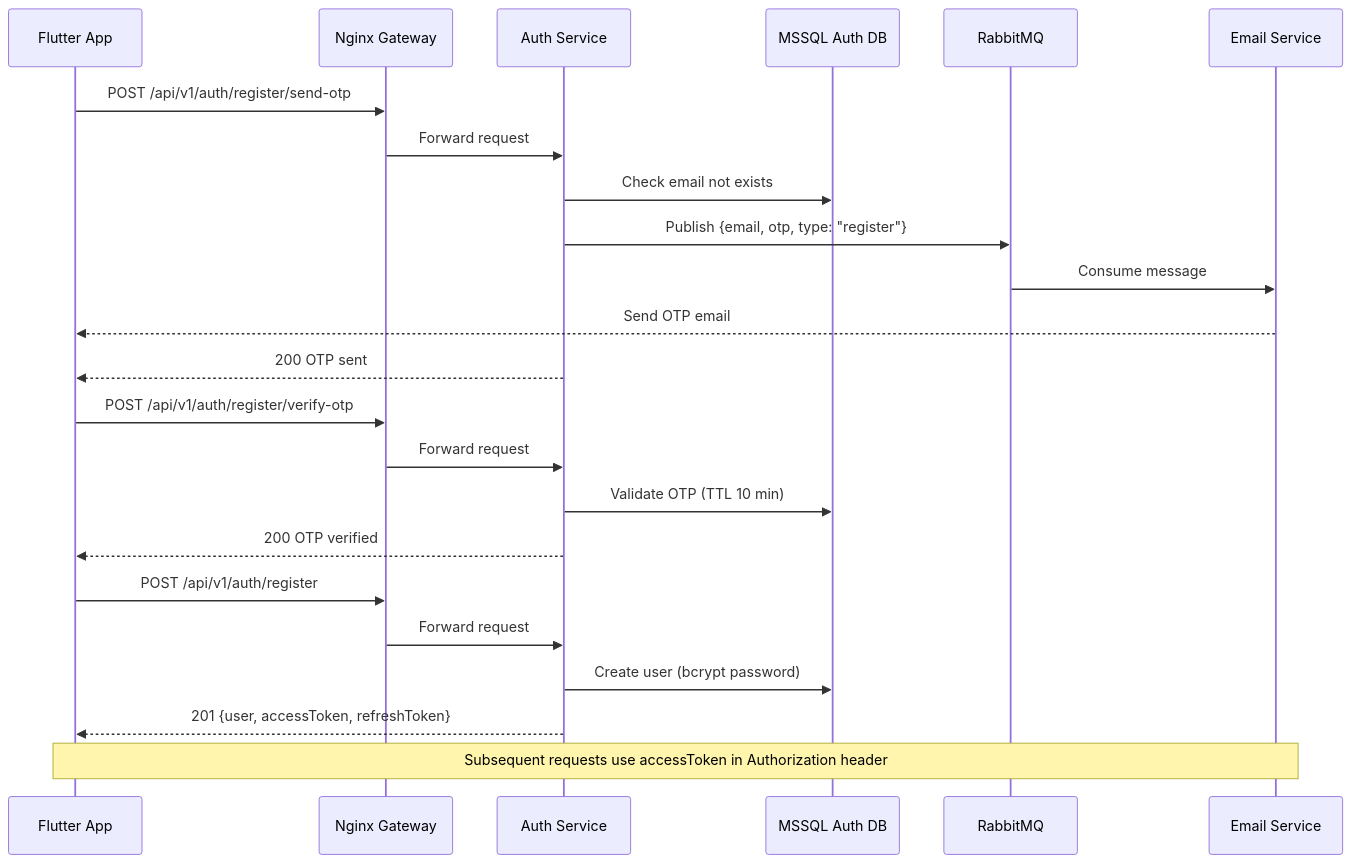
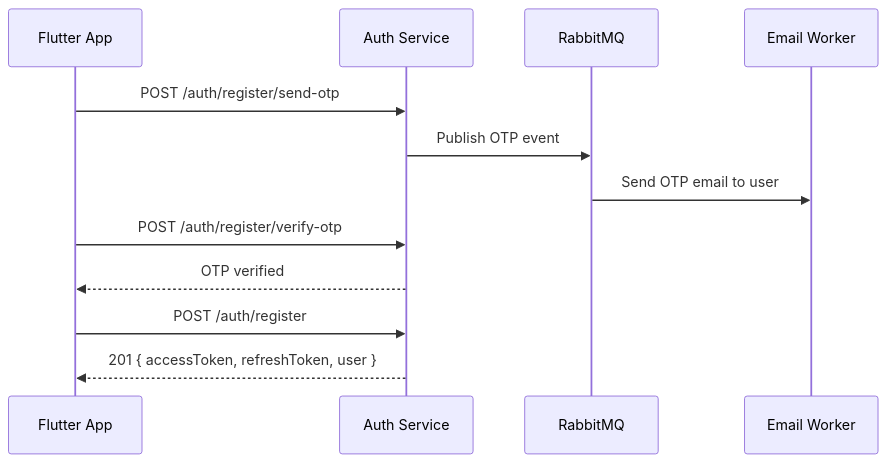
The second of 4 diagrams in PORTFOLIO_SUMMARY.md (hungpptit/chatbot-toeic-flutter), drawn with Mermaid before and after one commit. The commit also changed other lines of this file, not shown here.

Commit message:
docs(portfolio): simplify mermaid diagrams - concise system overview only

````diff
--- a/PORTFOLIO_SUMMARY.md
+++ b/PORTFOLIO_SUMMARY.md
@@ -207,29 +172,17 @@
 ```mermaid
 sequenceDiagram
-    participant C as Flutter App
-    participant G as Nginx Gateway
-    participant A as Auth Service
-    participant DB as MSSQL Auth DB
+    participant App as Flutter App
+    participant Auth as Auth Service
     participant MQ as RabbitMQ
-    participant E as Email Service
+    participant Email as Email Worker
 
-    C->>G: POST /api/v1/auth/register/send-otp
-    G->>A: Forward request
-    A->>DB: Check email not exists
-    A->>MQ: Publish {email, otp, type: "register"}
-    MQ->>E: Consume message
-    E-->>C: Send OTP email
-    A-->>C: 200 OTP sent
+    App->>Auth: POST /auth/register/send-otp
+    Auth->>MQ: Publish OTP event
+    MQ->>Email: Send OTP email to user
 
-    C->>G: POST /api/v1/auth/register/verify-otp
-    G->>A: Forward request
-    A->>DB: Validate OTP (TTL 10 min)
-    A-->>C: 200 OTP verified
+    App->>Auth: POST /auth/register/verify-otp
+    Auth-->>App: OTP verified
 
-    C->>G: POST /api/v1/auth/register
-    G->>A: Forward request
-    A->>DB: Create user (bcrypt password)
-    A-->>C: 201 {user, accessToken, refreshToken}
-
-    Note over C,E: Subsequent requests use accessToken in Authorization header
+    App->>Auth: POST /auth/register
+    Auth-->>App: 201 { accessToken, refreshToken, user }
 ```
````
